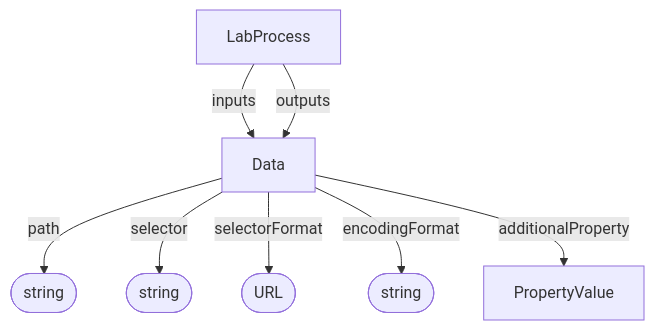
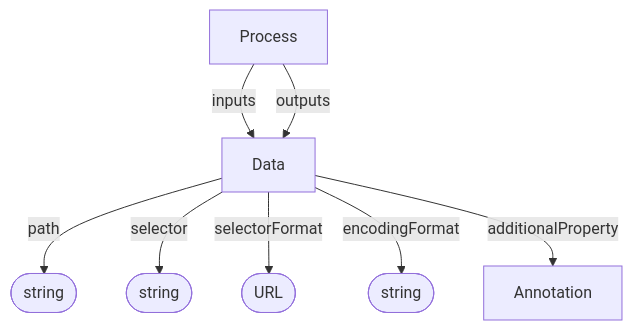
Before and after one commit to HLWeil/ProcessCore: the diagram in docs/spec/core/Data.md, drawn with Mermaid. The commit also changed other lines of this file and 134 other files, not shown here.

````diff
--- a/docs/spec/core/Data.md
+++ b/docs/spec/core/Data.md
@@ -29,16 +29,16 @@
 ```mermaid
 flowchart TD
 
     pa@{ shape: stadium, label: "string" }
     se@{ shape: stadium, label: "string" }
     sf@{ shape: stadium, label: "URL" }
     ef@{ shape: stadium, label: "string" }
 
-    LabProcess --inputs--> Data
-    LabProcess --"outputs"--> Data
+    Process --inputs--> Data
+    Process --"outputs"--> Data
     Data --path--> pa
     Data --selector--> se
     Data --selectorFormat--> sf
     Data --encodingFormat--> ef
-    Data --additionalProperty--> PropertyValue
+    Data --additionalProperty--> Annotation
 ```
````
